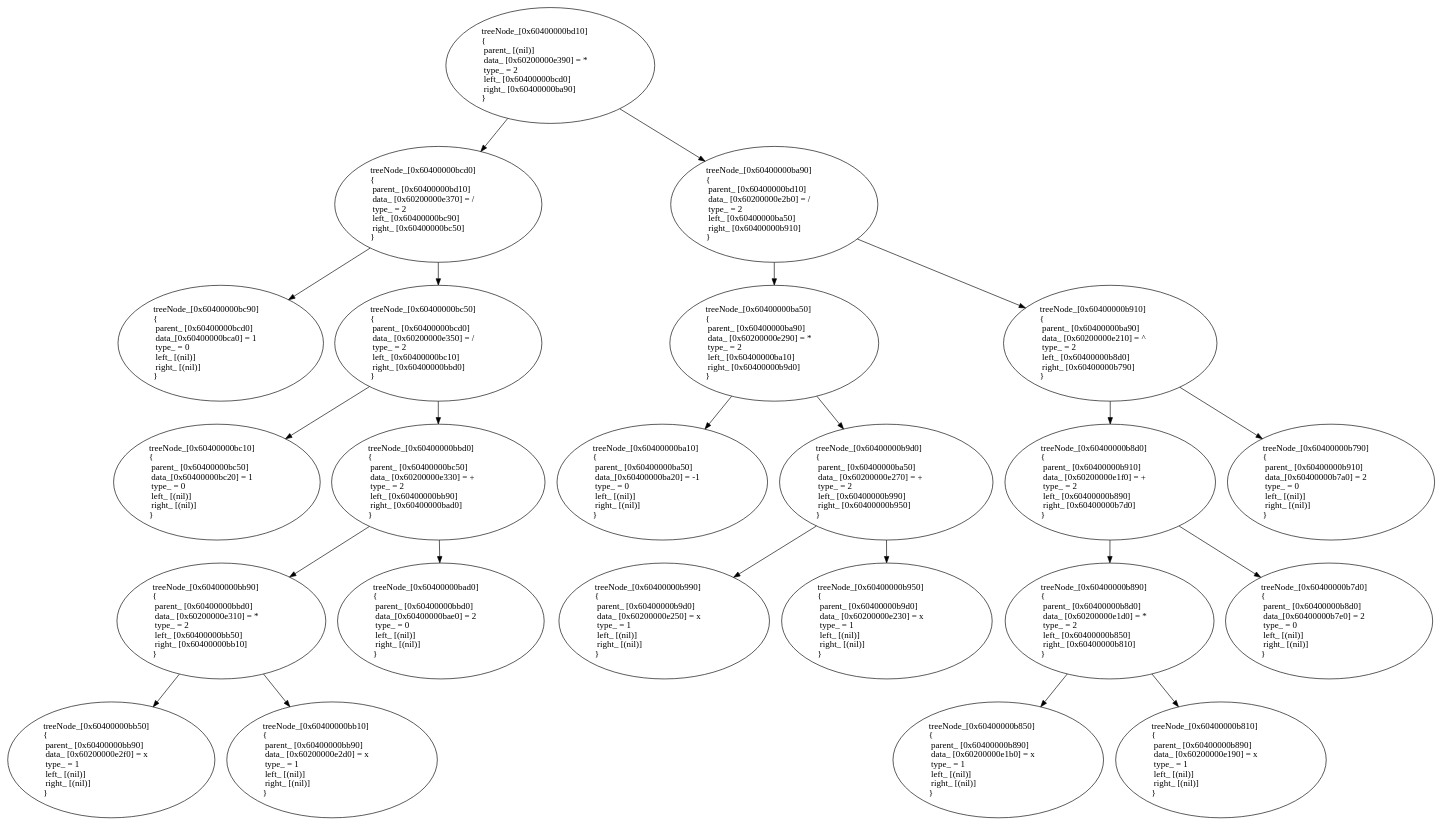
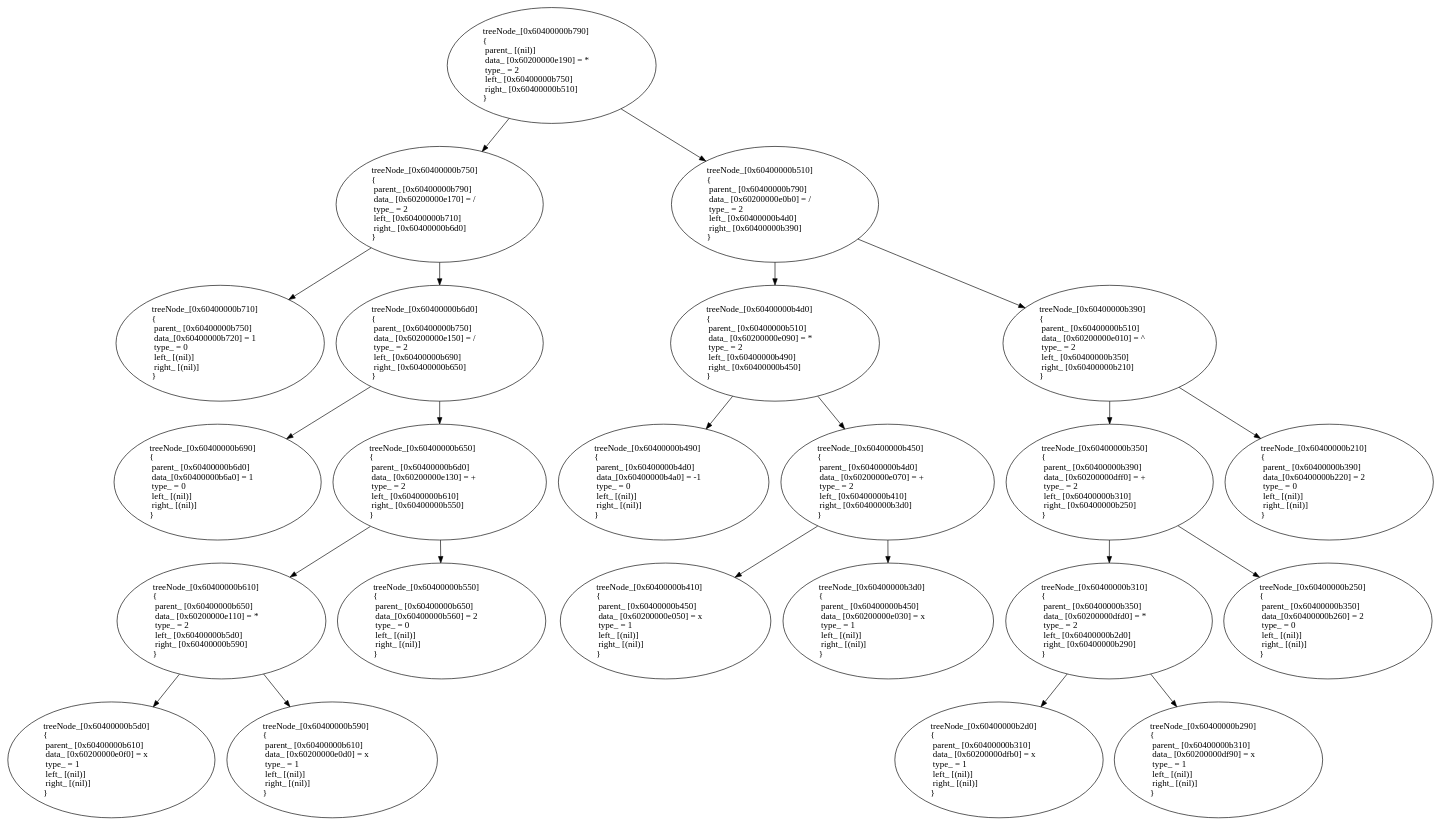
The diagram in output/Dot/dumpFile.gv (inedostoev/diff), drawn with Graphviz before and after one commit. The commit also changed 3 other files, not shown here.

```diff
--- a/output/Dot/dumpFile.gv
+++ b/output/Dot/dumpFile.gv
@@ -1,47 +1,47 @@
 digraph graf {
-treeNode_0x60400000bd10 [label="treeNode_[0x60400000bd10]\l{\l  parent_ [(nil)]\l  data_ [0x60200000e390] = *\l  type_ = 2\l  left_ [0x60400000bcd0]\l  right_ [0x60400000ba90]\l}\l"]
-treeNode_0x60400000bd10->treeNode_0x60400000bcd0
-treeNode_0x60400000bcd0 [label="treeNode_[0x60400000bcd0]\l{\l  parent_ [0x60400000bd10]\l  data_ [0x60200000e370] = /\l  type_ = 2\l  left_ [0x60400000bc90]\l  right_ [0x60400000bc50]\l}\l"]
-treeNode_0x60400000bcd0->treeNode_0x60400000bc90
-treeNode_0x60400000bc90 [label="treeNode_[0x60400000bc90]\l{\l  parent_ [0x60400000bcd0]\l  data_[0x60400000bca0] = 1\l  type_ = 0\l  left_ [(nil)]\l  right_ [(nil)]\l}\l"]
-treeNode_0x60400000bcd0->treeNode_0x60400000bc50
-treeNode_0x60400000bc50 [label="treeNode_[0x60400000bc50]\l{\l  parent_ [0x60400000bcd0]\l  data_ [0x60200000e350] = /\l  type_ = 2\l  left_ [0x60400000bc10]\l  right_ [0x60400000bbd0]\l}\l"]
-treeNode_0x60400000bc50->treeNode_0x60400000bc10
-treeNode_0x60400000bc10 [label="treeNode_[0x60400000bc10]\l{\l  parent_ [0x60400000bc50]\l  data_[0x60400000bc20] = 1\l  type_ = 0\l  left_ [(nil)]\l  right_ [(nil)]\l}\l"]
-treeNode_0x60400000bc50->treeNode_0x60400000bbd0
-treeNode_0x60400000bbd0 [label="treeNode_[0x60400000bbd0]\l{\l  parent_ [0x60400000bc50]\l  data_ [0x60200000e330] = +\l  type_ = 2\l  left_ [0x60400000bb90]\l  right_ [0x60400000bad0]\l}\l"]
-treeNode_0x60400000bbd0->treeNode_0x60400000bb90
-treeNode_0x60400000bb90 [label="treeNode_[0x60400000bb90]\l{\l  parent_ [0x60400000bbd0]\l  data_ [0x60200000e310] = *\l  type_ = 2\l  left_ [0x60400000bb50]\l  right_ [0x60400000bb10]\l}\l"]
-treeNode_0x60400000bb90->treeNode_0x60400000bb50
-treeNode_0x60400000bb50 [label="treeNode_[0x60400000bb50]\l{\l  parent_ [0x60400000bb90]\l  data_ [0x60200000e2f0] = x\l  type_ = 1\l  left_ [(nil)]\l  right_ [(nil)]\l}\l"]
-treeNode_0x60400000bb90->treeNode_0x60400000bb10
-treeNode_0x60400000bb10 [label="treeNode_[0x60400000bb10]\l{\l  parent_ [0x60400000bb90]\l  data_ [0x60200000e2d0] = x\l  type_ = 1\l  left_ [(nil)]\l  right_ [(nil)]\l}\l"]
-treeNode_0x60400000bbd0->treeNode_0x60400000bad0
-treeNode_0x60400000bad0 [label="treeNode_[0x60400000bad0]\l{\l  parent_ [0x60400000bbd0]\l  data_[0x60400000bae0] = 2\l  type_ = 0\l  left_ [(nil)]\l  right_ [(nil)]\l}\l"]
-treeNode_0x60400000bd10->treeNode_0x60400000ba90
-treeNode_0x60400000ba90 [label="treeNode_[0x60400000ba90]\l{\l  parent_ [0x60400000bd10]\l  data_ [0x60200000e2b0] = /\l  type_ = 2\l  left_ [0x60400000ba50]\l  right_ [0x60400000b910]\l}\l"]
-treeNode_0x60400000ba90->treeNode_0x60400000ba50
-treeNode_0x60400000ba50 [label="treeNode_[0x60400000ba50]\l{\l  parent_ [0x60400000ba90]\l  data_ [0x60200000e290] = *\l  type_ = 2\l  left_ [0x60400000ba10]\l  right_ [0x60400000b9d0]\l}\l"]
-treeNode_0x60400000ba50->treeNode_0x60400000ba10
-treeNode_0x60400000ba10 [label="treeNode_[0x60400000ba10]\l{\l  parent_ [0x60400000ba50]\l  data_[0x60400000ba20] = -1\l  type_ = 0\l  left_ [(nil)]\l  right_ [(nil)]\l}\l"]
-treeNode_0x60400000ba50->treeNode_0x60400000b9d0
-treeNode_0x60400000b9d0 [label="treeNode_[0x60400000b9d0]\l{\l  parent_ [0x60400000ba50]\l  data_ [0x60200000e270] = +\l  type_ = 2\l  left_ [0x60400000b990]\l  right_ [0x60400000b950]\l}\l"]
-treeNode_0x60400000b9d0->treeNode_0x60400000b990
-treeNode_0x60400000b990 [label="treeNode_[0x60400000b990]\l{\l  parent_ [0x60400000b9d0]\l  data_ [0x60200000e250] = x\l  type_ = 1\l  left_ [(nil)]\l  right_ [(nil)]\l}\l"]
-treeNode_0x60400000b9d0->treeNode_0x60400000b950
-treeNode_0x60400000b950 [label="treeNode_[0x60400000b950]\l{\l  parent_ [0x60400000b9d0]\l  data_ [0x60200000e230] = x\l  type_ = 1\l  left_ [(nil)]\l  right_ [(nil)]\l}\l"]
-treeNode_0x60400000ba90->treeNode_0x60400000b910
-treeNode_0x60400000b910 [label="treeNode_[0x60400000b910]\l{\l  parent_ [0x60400000ba90]\l  data_ [0x60200000e210] = ^\l  type_ = 2\l  left_ [0x60400000b8d0]\l  right_ [0x60400000b790]\l}\l"]
-treeNode_0x60400000b910->treeNode_0x60400000b8d0
-treeNode_0x60400000b8d0 [label="treeNode_[0x60400000b8d0]\l{\l  parent_ [0x60400000b910]\l  data_ [0x60200000e1f0] = +\l  type_ = 2\l  left_ [0x60400000b890]\l  right_ [0x60400000b7d0]\l}\l"]
-treeNode_0x60400000b8d0->treeNode_0x60400000b890
-treeNode_0x60400000b890 [label="treeNode_[0x60400000b890]\l{\l  parent_ [0x60400000b8d0]\l  data_ [0x60200000e1d0] = *\l  type_ = 2\l  left_ [0x60400000b850]\l  right_ [0x60400000b810]\l}\l"]
-treeNode_0x60400000b890->treeNode_0x60400000b850
-treeNode_0x60400000b850 [label="treeNode_[0x60400000b850]\l{\l  parent_ [0x60400000b890]\l  data_ [0x60200000e1b0] = x\l  type_ = 1\l  left_ [(nil)]\l  right_ [(nil)]\l}\l"]
-treeNode_0x60400000b890->treeNode_0x60400000b810
-treeNode_0x60400000b810 [label="treeNode_[0x60400000b810]\l{\l  parent_ [0x60400000b890]\l  data_ [0x60200000e190] = x\l  type_ = 1\l  left_ [(nil)]\l  right_ [(nil)]\l}\l"]
-treeNode_0x60400000b8d0->treeNode_0x60400000b7d0
-treeNode_0x60400000b7d0 [label="treeNode_[0x60400000b7d0]\l{\l  parent_ [0x60400000b8d0]\l  data_[0x60400000b7e0] = 2\l  type_ = 0\l  left_ [(nil)]\l  right_ [(nil)]\l}\l"]
-treeNode_0x60400000b910->treeNode_0x60400000b790
-treeNode_0x60400000b790 [label="treeNode_[0x60400000b790]\l{\l  parent_ [0x60400000b910]\l  data_[0x60400000b7a0] = 2\l  type_ = 0\l  left_ [(nil)]\l  right_ [(nil)]\l}\l"]
+treeNode_0x60400000b790 [label="treeNode_[0x60400000b790]\l{\l  parent_ [(nil)]\l  data_ [0x60200000e190] = *\l  type_ = 2\l  left_ [0x60400000b750]\l  right_ [0x60400000b510]\l}\l"]
+treeNode_0x60400000b790->treeNode_0x60400000b750
+treeNode_0x60400000b750 [label="treeNode_[0x60400000b750]\l{\l  parent_ [0x60400000b790]\l  data_ [0x60200000e170] = /\l  type_ = 2\l  left_ [0x60400000b710]\l  right_ [0x60400000b6d0]\l}\l"]
+treeNode_0x60400000b750->treeNode_0x60400000b710
+treeNode_0x60400000b710 [label="treeNode_[0x60400000b710]\l{\l  parent_ [0x60400000b750]\l  data_[0x60400000b720] = 1\l  type_ = 0\l  left_ [(nil)]\l  right_ [(nil)]\l}\l"]
+treeNode_0x60400000b750->treeNode_0x60400000b6d0
+treeNode_0x60400000b6d0 [label="treeNode_[0x60400000b6d0]\l{\l  parent_ [0x60400000b750]\l  data_ [0x60200000e150] = /\l  type_ = 2\l  left_ [0x60400000b690]\l  right_ [0x60400000b650]\l}\l"]
+treeNode_0x60400000b6d0->treeNode_0x60400000b690
+treeNode_0x60400000b690 [label="treeNode_[0x60400000b690]\l{\l  parent_ [0x60400000b6d0]\l  data_[0x60400000b6a0] = 1\l  type_ = 0\l  left_ [(nil)]\l  right_ [(nil)]\l}\l"]
+treeNode_0x60400000b6d0->treeNode_0x60400000b650
+treeNode_0x60400000b650 [label="treeNode_[0x60400000b650]\l{\l  parent_ [0x60400000b6d0]\l  data_ [0x60200000e130] = +\l  type_ = 2\l  left_ [0x60400000b610]\l  right_ [0x60400000b550]\l}\l"]
+treeNode_0x60400000b650->treeNode_0x60400000b610
+treeNode_0x60400000b610 [label="treeNode_[0x60400000b610]\l{\l  parent_ [0x60400000b650]\l  data_ [0x60200000e110] = *\l  type_ = 2\l  left_ [0x60400000b5d0]\l  right_ [0x60400000b590]\l}\l"]
+treeNode_0x60400000b610->treeNode_0x60400000b5d0
+treeNode_0x60400000b5d0 [label="treeNode_[0x60400000b5d0]\l{\l  parent_ [0x60400000b610]\l  data_ [0x60200000e0f0] = x\l  type_ = 1\l  left_ [(nil)]\l  right_ [(nil)]\l}\l"]
+treeNode_0x60400000b610->treeNode_0x60400000b590
+treeNode_0x60400000b590 [label="treeNode_[0x60400000b590]\l{\l  parent_ [0x60400000b610]\l  data_ [0x60200000e0d0] = x\l  type_ = 1\l  left_ [(nil)]\l  right_ [(nil)]\l}\l"]
+treeNode_0x60400000b650->treeNode_0x60400000b550
+treeNode_0x60400000b550 [label="treeNode_[0x60400000b550]\l{\l  parent_ [0x60400000b650]\l  data_[0x60400000b560] = 2\l  type_ = 0\l  left_ [(nil)]\l  right_ [(nil)]\l}\l"]
+treeNode_0x60400000b790->treeNode_0x60400000b510
+treeNode_0x60400000b510 [label="treeNode_[0x60400000b510]\l{\l  parent_ [0x60400000b790]\l  data_ [0x60200000e0b0] = /\l  type_ = 2\l  left_ [0x60400000b4d0]\l  right_ [0x60400000b390]\l}\l"]
+treeNode_0x60400000b510->treeNode_0x60400000b4d0
+treeNode_0x60400000b4d0 [label="treeNode_[0x60400000b4d0]\l{\l  parent_ [0x60400000b510]\l  data_ [0x60200000e090] = *\l  type_ = 2\l  left_ [0x60400000b490]\l  right_ [0x60400000b450]\l}\l"]
+treeNode_0x60400000b4d0->treeNode_0x60400000b490
+treeNode_0x60400000b490 [label="treeNode_[0x60400000b490]\l{\l  parent_ [0x60400000b4d0]\l  data_[0x60400000b4a0] = -1\l  type_ = 0\l  left_ [(nil)]\l  right_ [(nil)]\l}\l"]
+treeNode_0x60400000b4d0->treeNode_0x60400000b450
+treeNode_0x60400000b450 [label="treeNode_[0x60400000b450]\l{\l  parent_ [0x60400000b4d0]\l  data_ [0x60200000e070] = +\l  type_ = 2\l  left_ [0x60400000b410]\l  right_ [0x60400000b3d0]\l}\l"]
+treeNode_0x60400000b450->treeNode_0x60400000b410
+treeNode_0x60400000b410 [label="treeNode_[0x60400000b410]\l{\l  parent_ [0x60400000b450]\l  data_ [0x60200000e050] = x\l  type_ = 1\l  left_ [(nil)]\l  right_ [(nil)]\l}\l"]
+treeNode_0x60400000b450->treeNode_0x60400000b3d0
+treeNode_0x60400000b3d0 [label="treeNode_[0x60400000b3d0]\l{\l  parent_ [0x60400000b450]\l  data_ [0x60200000e030] = x\l  type_ = 1\l  left_ [(nil)]\l  right_ [(nil)]\l}\l"]
+treeNode_0x60400000b510->treeNode_0x60400000b390
+treeNode_0x60400000b390 [label="treeNode_[0x60400000b390]\l{\l  parent_ [0x60400000b510]\l  data_ [0x60200000e010] = ^\l  type_ = 2\l  left_ [0x60400000b350]\l  right_ [0x60400000b210]\l}\l"]
+treeNode_0x60400000b390->treeNode_0x60400000b350
+treeNode_0x60400000b350 [label="treeNode_[0x60400000b350]\l{\l  parent_ [0x60400000b390]\l  data_ [0x60200000dff0] = +\l  type_ = 2\l  left_ [0x60400000b310]\l  right_ [0x60400000b250]\l}\l"]
+treeNode_0x60400000b350->treeNode_0x60400000b310
+treeNode_0x60400000b310 [label="treeNode_[0x60400000b310]\l{\l  parent_ [0x60400000b350]\l  data_ [0x60200000dfd0] = *\l  type_ = 2\l  left_ [0x60400000b2d0]\l  right_ [0x60400000b290]\l}\l"]
+treeNode_0x60400000b310->treeNode_0x60400000b2d0
+treeNode_0x60400000b2d0 [label="treeNode_[0x60400000b2d0]\l{\l  parent_ [0x60400000b310]\l  data_ [0x60200000dfb0] = x\l  type_ = 1\l  left_ [(nil)]\l  right_ [(nil)]\l}\l"]
+treeNode_0x60400000b310->treeNode_0x60400000b290
+treeNode_0x60400000b290 [label="treeNode_[0x60400000b290]\l{\l  parent_ [0x60400000b310]\l  data_ [0x60200000df90] = x\l  type_ = 1\l  left_ [(nil)]\l  right_ [(nil)]\l}\l"]
+treeNode_0x60400000b350->treeNode_0x60400000b250
+treeNode_0x60400000b250 [label="treeNode_[0x60400000b250]\l{\l  parent_ [0x60400000b350]\l  data_[0x60400000b260] = 2\l  type_ = 0\l  left_ [(nil)]\l  right_ [(nil)]\l}\l"]
+treeNode_0x60400000b390->treeNode_0x60400000b210
+treeNode_0x60400000b210 [label="treeNode_[0x60400000b210]\l{\l  parent_ [0x60400000b390]\l  data_[0x60400000b220] = 2\l  type_ = 0\l  left_ [(nil)]\l  right_ [(nil)]\l}\l"]
 }
```
